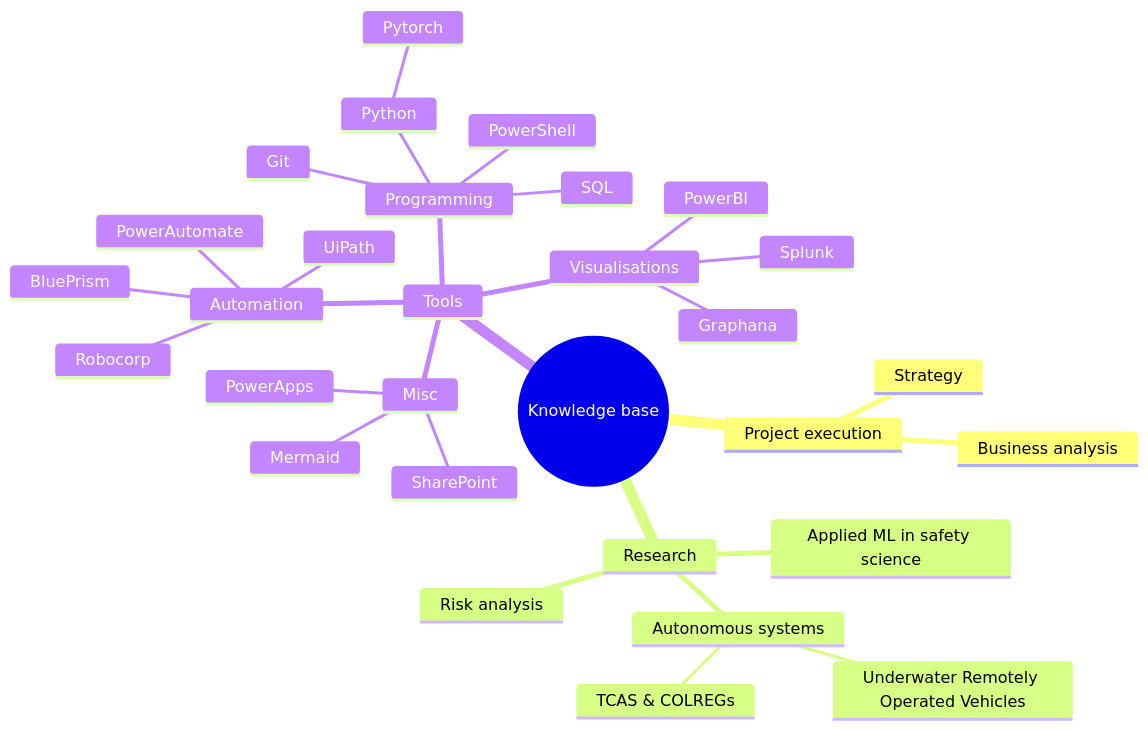
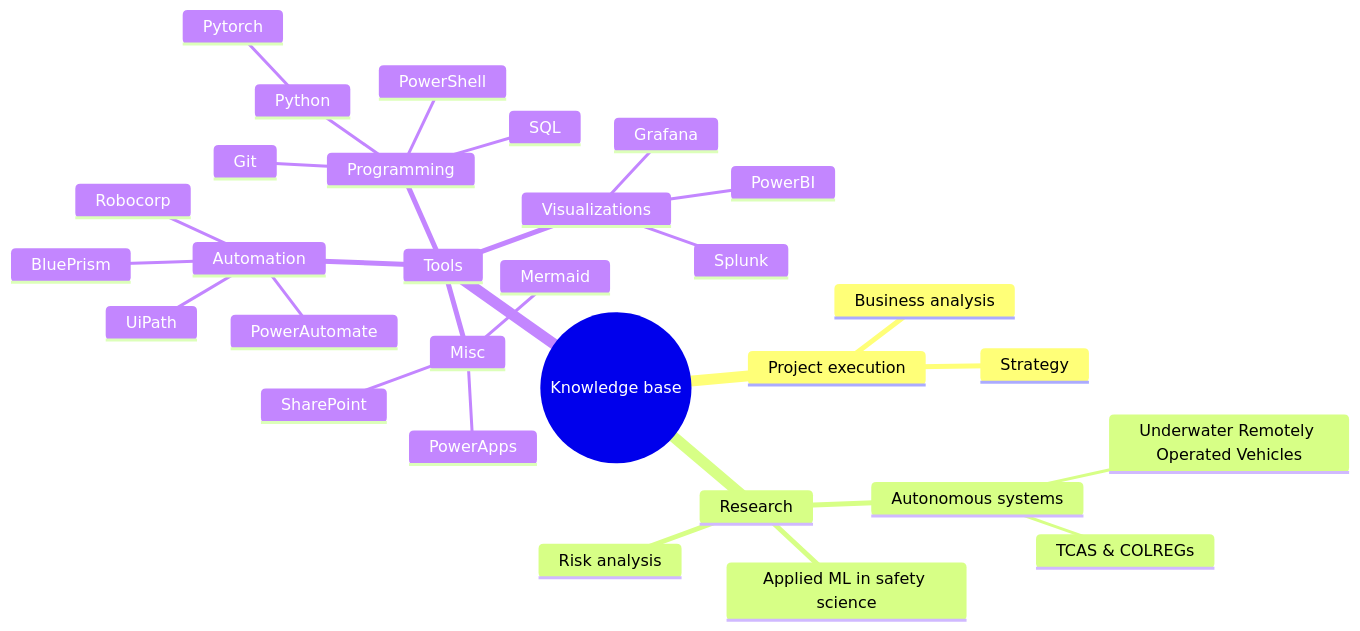
One commit to jeev20/jeev20.github.io changed the diagram in _tabs/about.md. Above: the diagram before and after it, drawn with Mermaid. The commit also changed other lines of this file and 7 other files, not shown here.

````diff
--- a/_tabs/about.md
+++ b/_tabs/about.md
@@ -17,35 +17,35 @@
 ```mermaid
 mindmap
   root((Knowledge base))
     Project execution
         Business analysis
         Strategy
     Research
       Risk analysis
       Autonomous systems
         Underwater Remotely Operated Vehicles
         TCAS & COLREGs
       Applied ML in safety science
     Tools
       Automation
         UiPath
         PowerAutomate
         BluePrism
         Robocorp
       Misc
         Mermaid
         SharePoint
         PowerApps
       Programming
         Python
          Pytorch
         SQL
         PowerShell
         Git
-      Visualisations
+      Visualizations
         Splunk
         PowerBI
-        Graphana
+        Grafana
       
       
 ```
````
